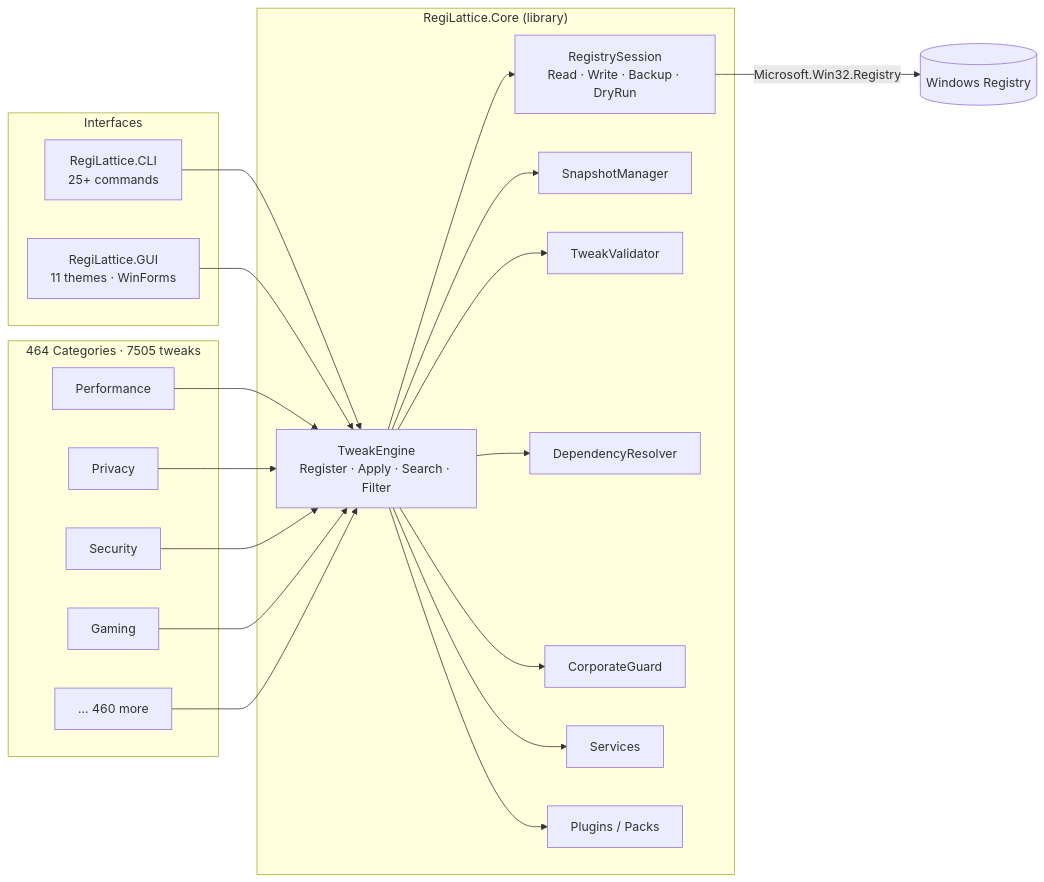
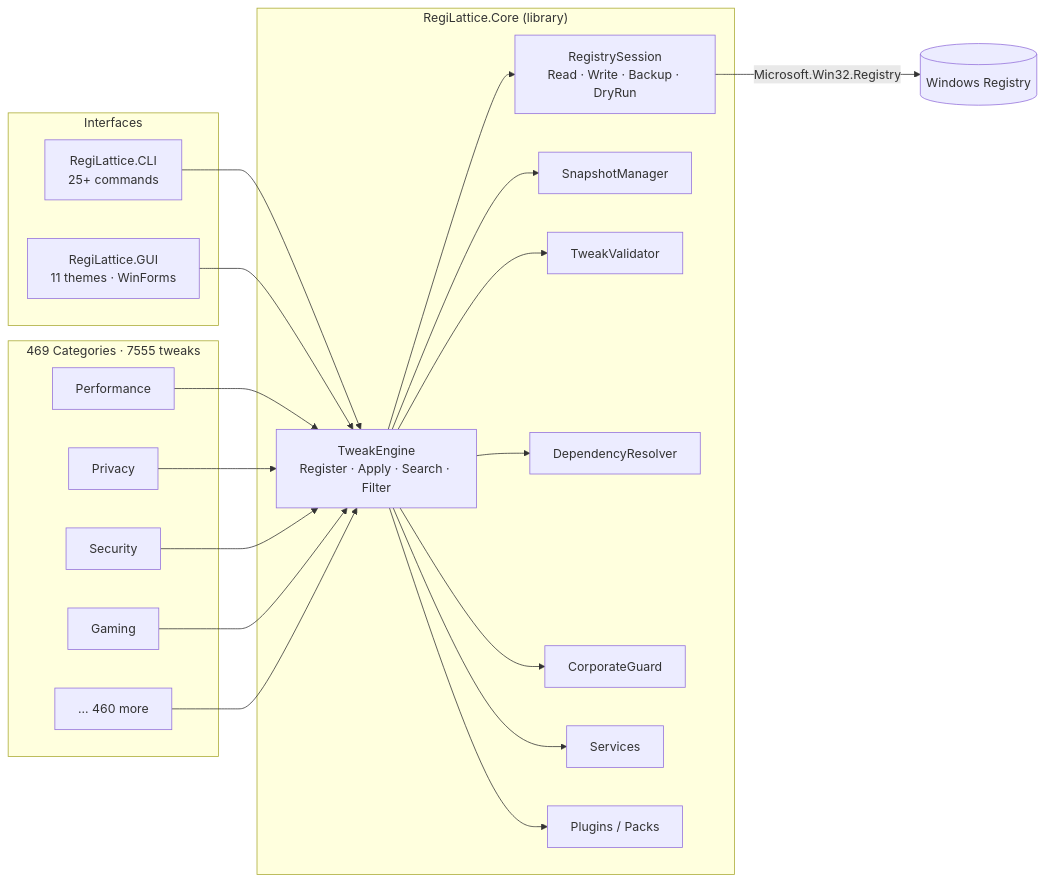
Before and after one commit to RajwanYair/RegiLattice: the first of 2 diagrams in README.md, drawn with Mermaid. The commit also changed other lines of this file and 13 other files, not shown here.

````diff
--- a/README.md
+++ b/README.md
@@ -88,38 +88,38 @@
 ```mermaid
 graph LR
     subgraph Interfaces
         CLI[RegiLattice.CLI<br/>25+ commands]
         GUI[RegiLattice.GUI<br/>11 themes · WinForms]
     end
 
     subgraph Core["RegiLattice.Core (library)"]
         TE[TweakEngine<br/>Register · Apply · Search · Filter]
         RS[RegistrySession<br/>Read · Write · Backup · DryRun]
         SM[SnapshotManager]
         TV[TweakValidator]
         DR[DependencyResolver]
         CG[CorporateGuard]
         SV[Services]
         PM[Plugins / Packs]
     end
 
-    subgraph Tweaks["464 Categories · 7505 tweaks"]
+    subgraph Tweaks["469 Categories · 7555 tweaks"]
         T1[Performance]
         T2[Privacy]
         T3[Security]
         T4[Gaming]
         TN[... 460 more]
     end
 
     CLI --> TE
     GUI --> TE
     TE --> RS
     TE --> SM
     TE --> TV
     TE --> DR
     TE --> CG
     TE --> SV
     TE --> PM
     T1 & T2 & T3 & T4 & TN --> TE
     RS -->|Microsoft.Win32.Registry| WR[(Windows Registry)]
 ```
````
